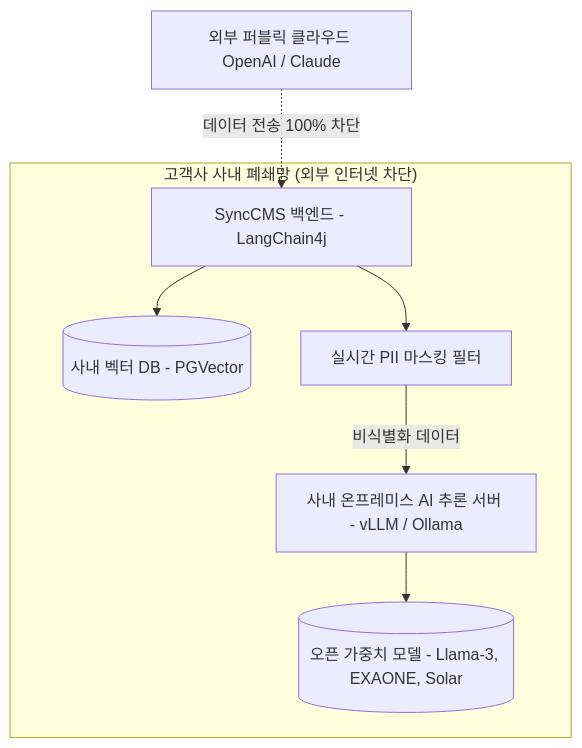
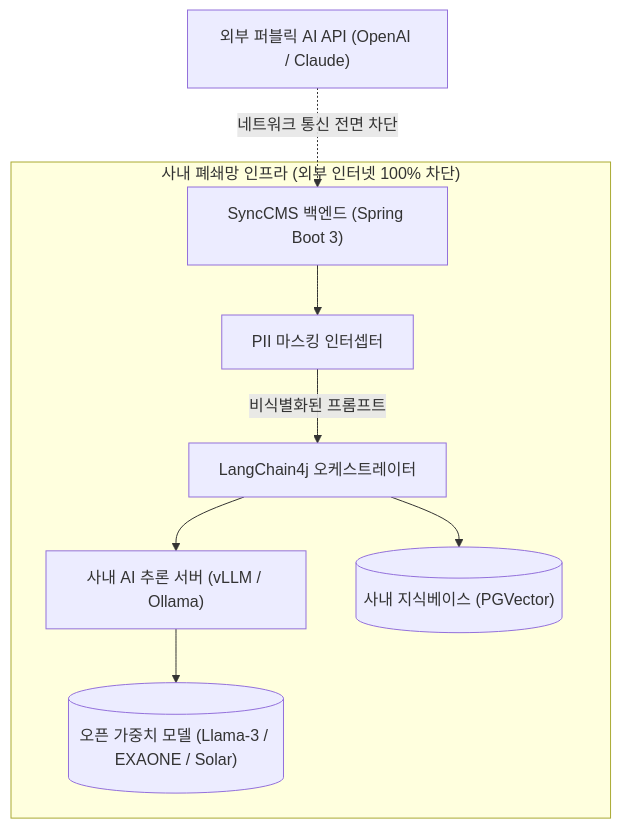
Before and after one commit to DramaticCollaboration/doc.github.io: the diagram in ko/synccms/onpremise-ai-security.md, drawn with Mermaid. The commit also changed other lines of this file and 29 other files, not shown here.

````diff
--- a/ko/synccms/onpremise-ai-security.md
+++ b/ko/synccms/onpremise-ai-security.md
@@ -15,17 +25,19 @@
 ```mermaid
 graph TD
-    subgraph "고객사 사내 폐쇄망 (외부 인터넷 차단)"
-        CMS[SyncCMS 백엔드 - LangChain4j]
-        LLM[사내 온프레미스 AI 추론 서버 - vLLM / Ollama]
-        MODEL[(오픈 가중치 모델 - Llama-3, EXAONE, Solar)]
-        VEC[(사내 벡터 DB - PGVector)]
-        PII[실시간 PII 마스킹 필터]
+    subgraph "사내 폐쇄망 인프라 (외부 인터넷 100% 차단)"
+        CMS["SyncCMS 백엔드 (Spring Boot 3)"]
+        INTERCEPTOR["PII 마스킹 인터셉터"]
+        LC4J["LangChain4j 오케스트레이터"]
+        LLM["사내 AI 추론 서버 (vLLM / Ollama)"]
+        MODEL[("오픈 가중치 모델 (Llama-3 / EXAONE / Solar)")]
+        VEC[("사내 지식베이스 (PGVector)")]
     end
 
-    EXT[외부 퍼블릭 클라우드 OpenAI / Claude] -.->|데이터 전송 100% 차단| CMS
+    EXT["외부 퍼블릭 AI API (OpenAI / Claude)"] -.->|네트워크 통신 전면 차단| CMS
 
-    CMS --> PII
-    PII -->|비식별화 데이터| LLM
+    CMS --> INTERCEPTOR
+    INTERCEPTOR -->|비식별화된 프롬프트| LC4J
+    LC4J --> LLM
     LLM --> MODEL
-    CMS --> VEC
+    LC4J --> VEC
 ```
````
